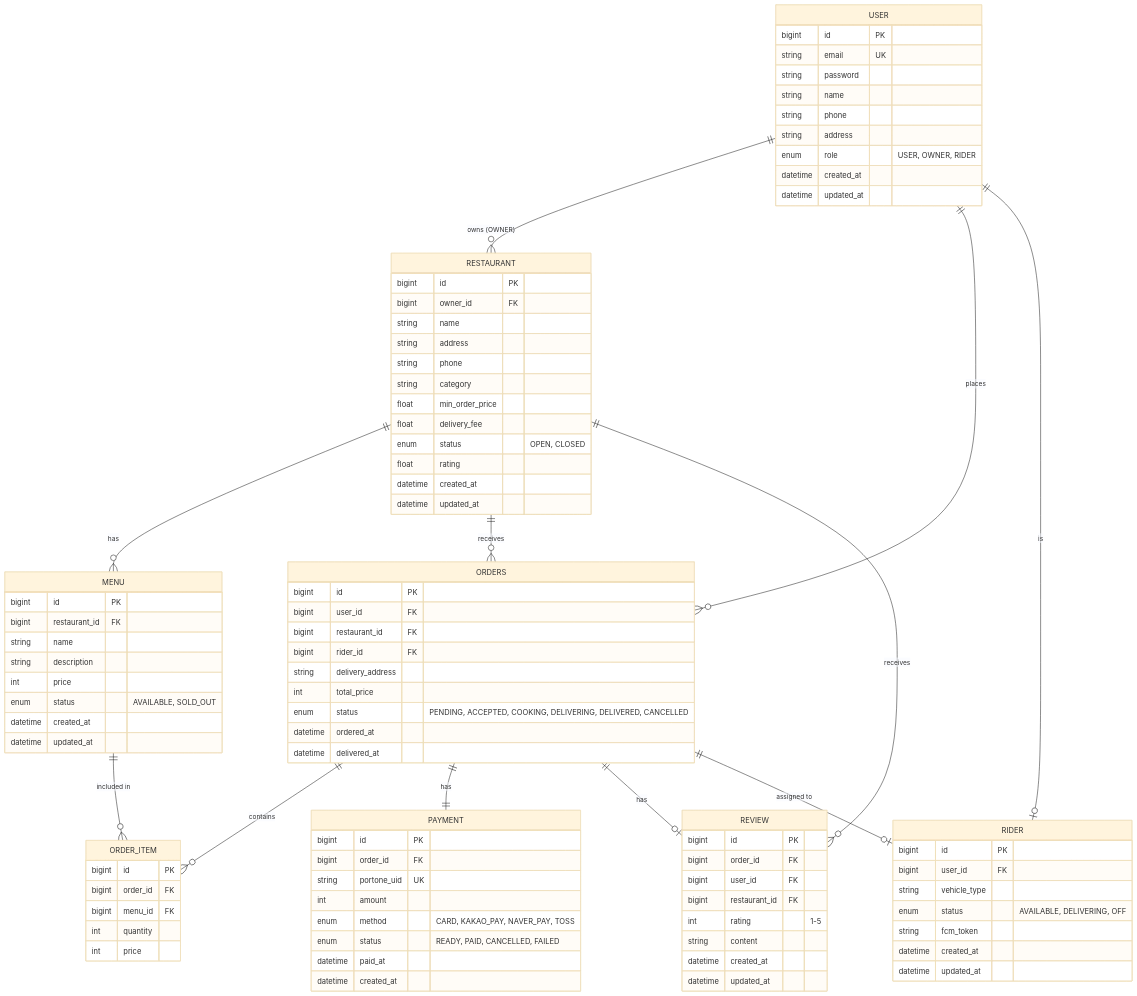
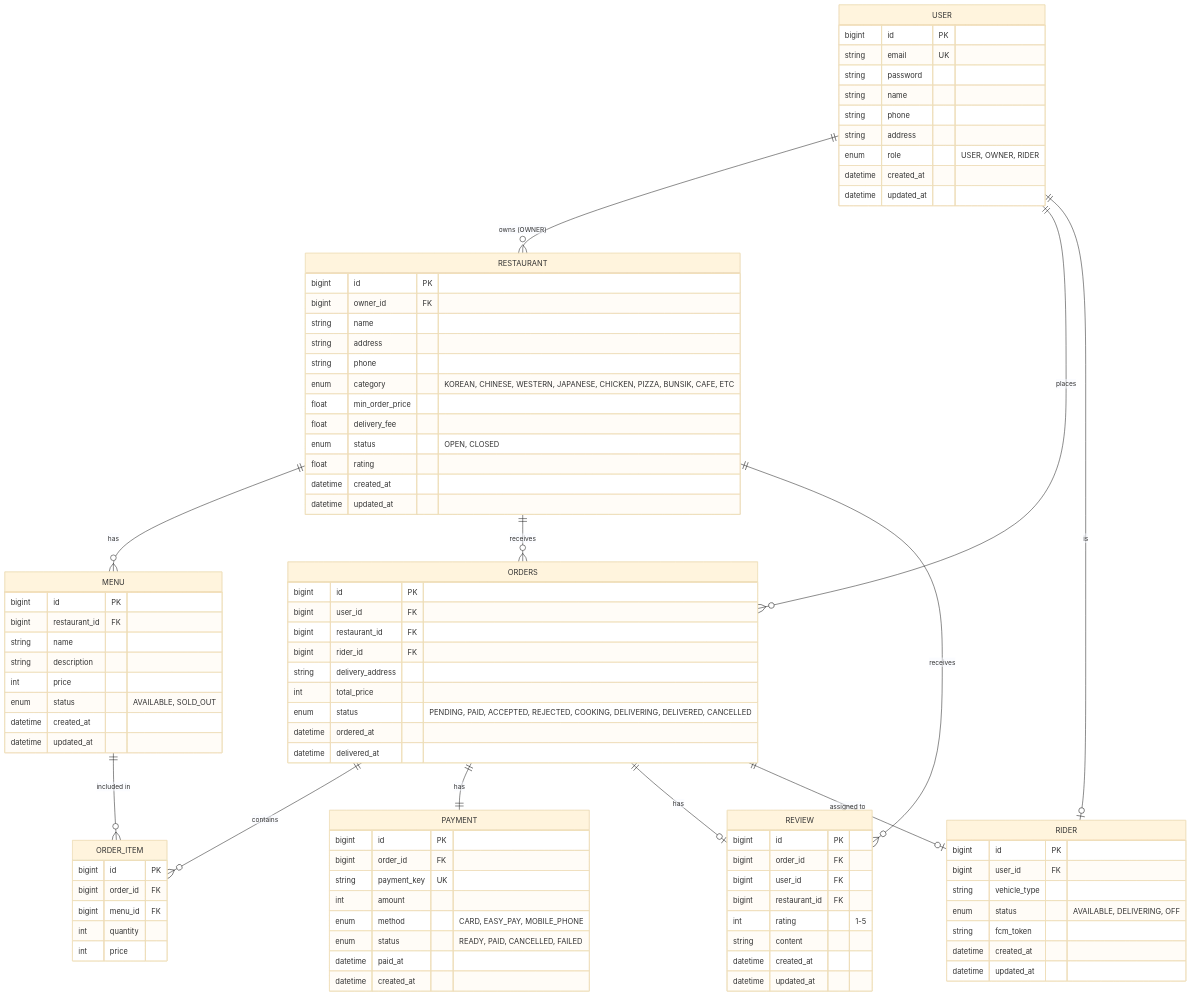
The diagram in docs/database/erd.mermaid (memoryDev/delivery-service), drawn with Mermaid (base theme) before and after one commit. The commit also changed 4 other files, not shown here.

```diff
--- a/docs/database/erd.mermaid
+++ b/docs/database/erd.mermaid
@@ -1,102 +1,102 @@
 erDiagram
     USER {
         bigint id PK
         string email UK
         string password
         string name
         string phone
         string address
         enum role "USER, OWNER, RIDER"
         datetime created_at
         datetime updated_at
     }
 
     RESTAURANT {
         bigint id PK
         bigint owner_id FK
         string name
         string address
         string phone
-        string category
+        enum category "KOREAN, CHINESE, WESTERN, JAPANESE, CHICKEN, PIZZA, BUNSIK, CAFE, ETC"
         float min_order_price
         float delivery_fee
         enum status "OPEN, CLOSED"
         float rating
         datetime created_at
         datetime updated_at
     }
 
     MENU {
         bigint id PK
         bigint restaurant_id FK
         string name
         string description
         int price
         enum status "AVAILABLE, SOLD_OUT"
         datetime created_at
         datetime updated_at
     }
 
     ORDERS {
         bigint id PK
         bigint user_id FK
         bigint restaurant_id FK
         bigint rider_id FK
         string delivery_address
         int total_price
-        enum status "PENDING, ACCEPTED, COOKING, DELIVERING, DELIVERED, CANCELLED"
+        enum status "PENDING, PAID, ACCEPTED, REJECTED, COOKING, DELIVERING, DELIVERED, CANCELLED"
         datetime ordered_at
         datetime delivered_at
     }
 
     ORDER_ITEM {
         bigint id PK
         bigint order_id FK
         bigint menu_id FK
         int quantity
         int price
     }
 
     PAYMENT {
         bigint id PK
         bigint order_id FK
-        string portone_uid UK
+        string payment_key UK
         int amount
-        enum method "CARD, KAKAO_PAY, NAVER_PAY, TOSS"
+        enum method "CARD, EASY_PAY, MOBILE_PHONE"
         enum status "READY, PAID, CANCELLED, FAILED"
         datetime paid_at
         datetime created_at
     }
 
     REVIEW {
         bigint id PK
         bigint order_id FK
         bigint user_id FK
         bigint restaurant_id FK
         int rating "1-5"
         string content
         datetime created_at
         datetime updated_at
     }
 
     RIDER {
         bigint id PK
         bigint user_id FK
         string vehicle_type
         enum status "AVAILABLE, DELIVERING, OFF"
         string fcm_token
         datetime created_at
         datetime updated_at
     }
 
     USER ||--o{ RESTAURANT : "owns (OWNER)"
     USER ||--o{ ORDERS : "places"
     USER ||--o| RIDER : "is"
     RESTAURANT ||--o{ MENU : "has"
     RESTAURANT ||--o{ ORDERS : "receives"
     RESTAURANT ||--o{ REVIEW : "receives"
     ORDERS ||--o{ ORDER_ITEM : "contains"
     ORDERS ||--|| PAYMENT : "has"
     ORDERS ||--o| REVIEW : "has"
     ORDERS ||--o| RIDER : "assigned to"
     MENU ||--o{ ORDER_ITEM : "included in"
```
